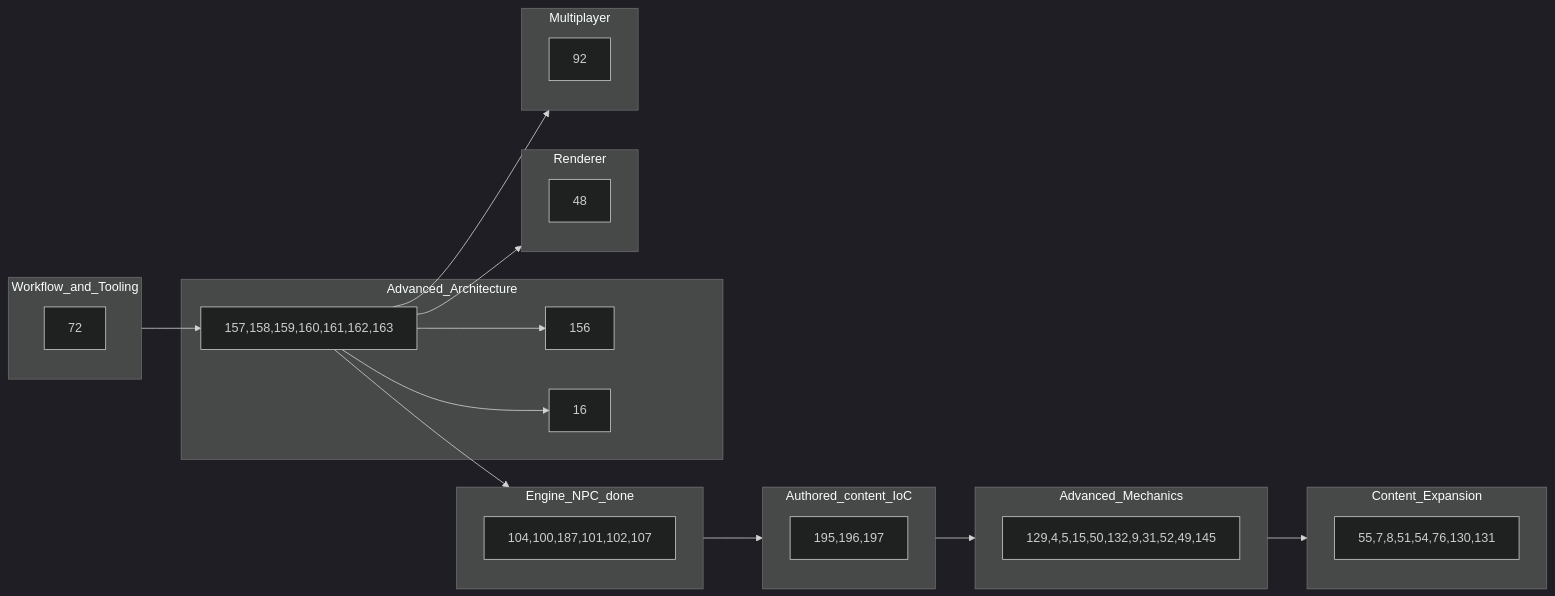
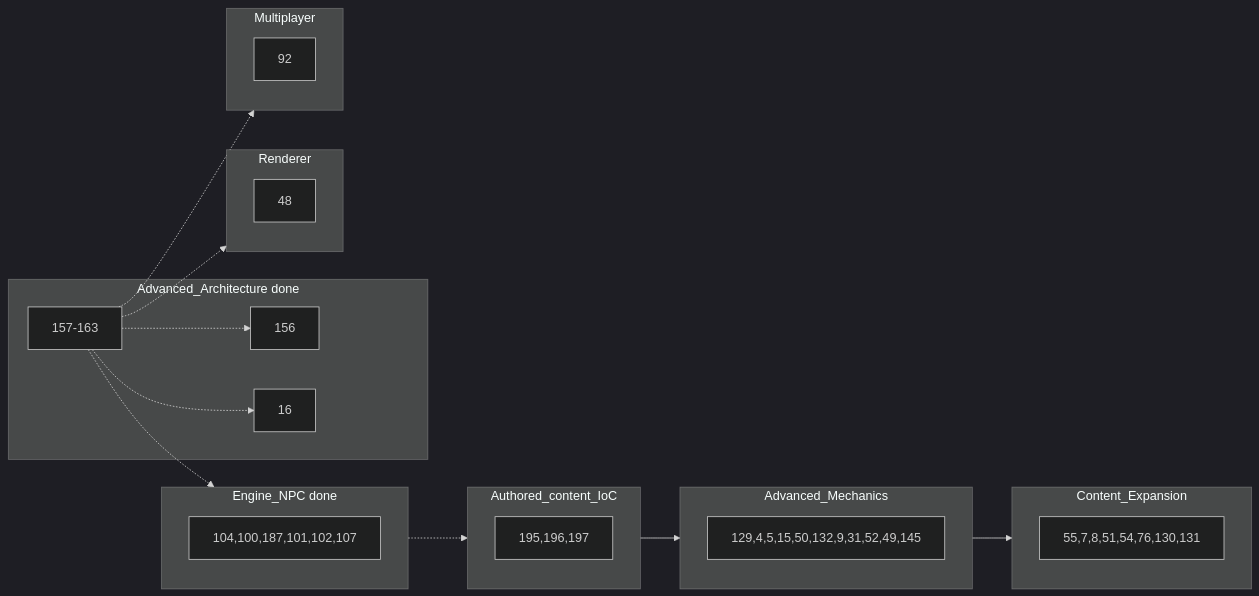
Before and after one commit to ianmays/dosmud: the diagram in DEV_PLAN.md, drawn with Mermaid (dark theme). The commit also changed other lines of this file, not shown here.

Commit message:
align DEV_PLAN diagram and #52 dependency prose
- dashed mermaid edges for completed m5 and m9 chains; solid open path from m10
- document #52 blocked-by #104 in m8 schedules section

````diff
--- a/DEV_PLAN.md
+++ b/DEV_PLAN.md
@@ -46,38 +48,34 @@
 ```mermaid
 flowchart LR
-  subgraph m4 [Workflow_and_Tooling]
-    M4["72"]
-  end
-  subgraph m5 [Advanced_Architecture]
-    M5chain["157,158,159,160,161,162,163"]
+  subgraph m5_done [Advanced_Architecture done]
+    M5chain["157-163"]
     M5adj["156"]
     M5late["16"]
   end
-  subgraph m9a [Engine_NPC_done]
+  subgraph m9_done [Engine_NPC done]
     M9a["104,100,187,101,102,107"]
   end
   subgraph m10 [Authored_content_IoC]
     M10["195,196,197"]
   end
   subgraph m8 [Advanced_Mechanics]
     M8["129,4,5,15,50,132,9,31,52,49,145"]
   end
   subgraph m6 [Content_Expansion]
     M6["55,7,8,51,54,76,130,131"]
   end
   subgraph m7 [Renderer]
     M7["48"]
   end
   subgraph m11 [Multiplayer]
     M11["92"]
   end
-  m4 --> M5chain
-  M5chain --> M5adj
-  M5chain --> M5late
-  M5chain --> m9a
-  m9a --> m10
+  M5chain -.-> M5adj
+  M5chain -.-> M5late
+  M5chain -.-> m9_done
+  m9_done -.-> m10
   m10 --> m8
   m8 --> m6
-  M5chain --> m7
-  M5chain --> m11
+  M5chain -.-> m7
+  M5chain -.-> m11
 ```
````
